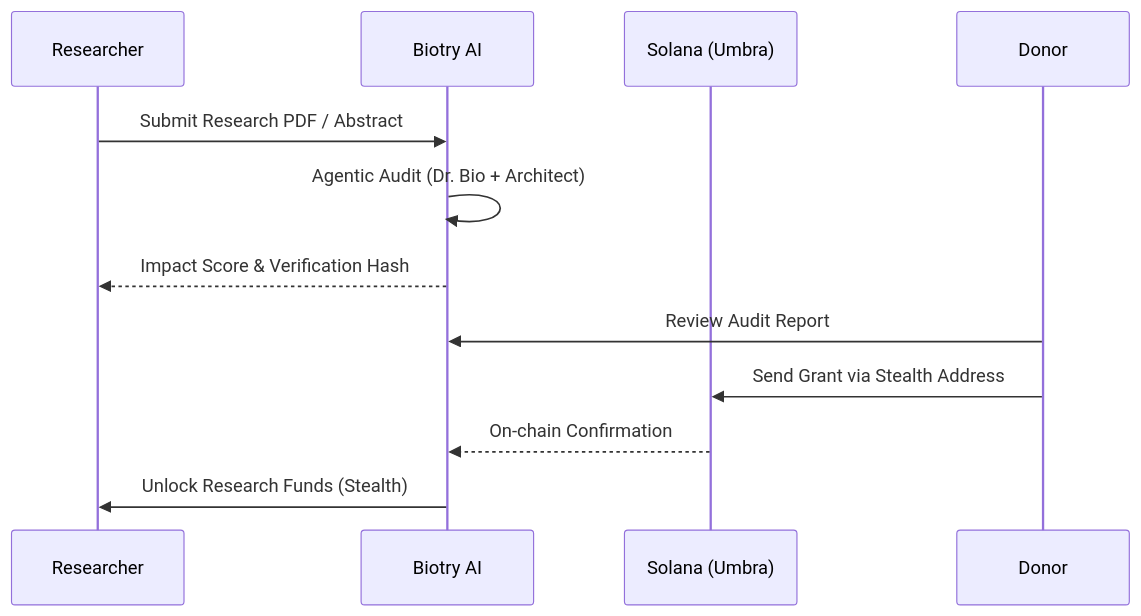
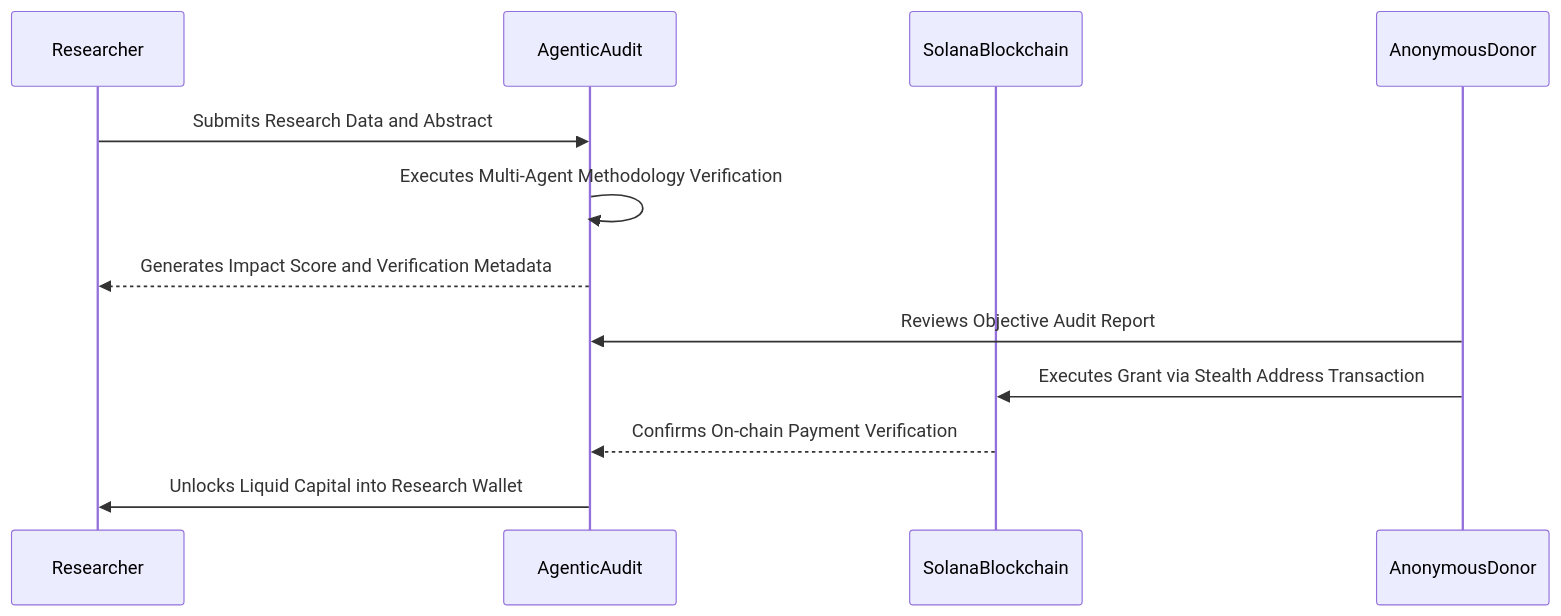
The first of 2 diagrams in README.md (Joseph-hackathon/Biotry), drawn with Mermaid before and after one commit. The commit also changed other lines of this file, not shown here.

````diff
--- a/README.md
+++ b/README.md
@@ -56,15 +63,15 @@
 ```mermaid
 sequenceDiagram
-    participant R as Researcher
-    participant B as Biotry AI
-    participant S as Solana (Umbra)
-    participant D as Donor
+    participant Researcher
+    participant AgenticAudit
+    participant SolanaBlockchain
+    participant AnonymousDonor
 
-    R->>B: Submit Research PDF / Abstract
-    B->>B: Agentic Audit (Dr. Bio + Architect)
-    B-->>R: Impact Score & Verification Hash
-    D->>B: Review Audit Report
-    D->>S: Send Grant via Stealth Address
-    S-->>B: On-chain Confirmation
-    B->>R: Unlock Research Funds (Stealth)
+    Researcher->>AgenticAudit: Submits Research Data and Abstract
+    AgenticAudit->>AgenticAudit: Executes Multi-Agent Methodology Verification
+    AgenticAudit-->>Researcher: Generates Impact Score and Verification Metadata
+    AnonymousDonor->>AgenticAudit: Reviews Objective Audit Report
+    AnonymousDonor->>SolanaBlockchain: Executes Grant via Stealth Address Transaction
+    SolanaBlockchain-->>AgenticAudit: Confirms On-chain Payment Verification
+    AgenticAudit->>Researcher: Unlocks Liquid Capital into Research Wallet
 ```
````
